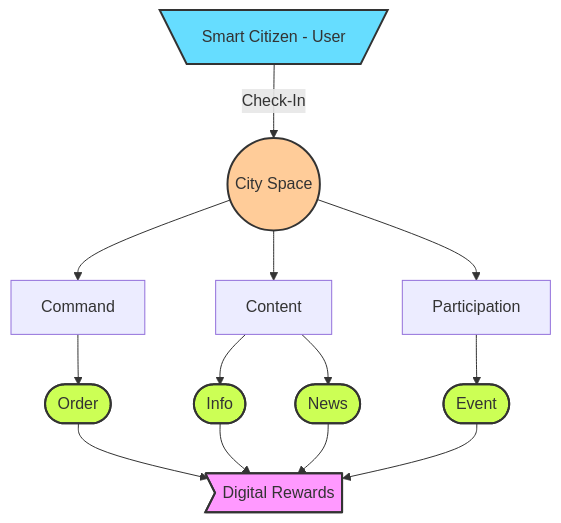
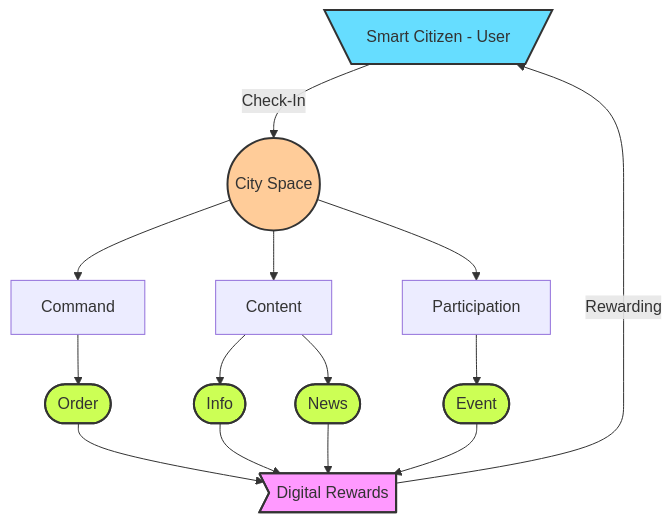
Before and after one commit to cityos-work/cityos-dev: the second of 2 diagrams in pages/roadmap.md, drawn with Mermaid.

````diff
--- a/pages/roadmap.md
+++ b/pages/roadmap.md
@@ -80,22 +80,23 @@
 ```mermaid
 graph TB;
     USER[\Smart Citizen - User/]-- Check-In -->SPACE((City Space));
     SPACE-->COMMAND[Command];
     SPACE-->CONTENT[Content];
     SPACE-->PARTICIPATION[Participation];
     COMMAND-->ORDER([Order]);
     CONTENT-->INFO([Info]);
     CONTENT-->NEWS([News]);
     PARTICIPATION-->EVENT([Event]);
     ORDER-->REWARD>Digital Rewards];
     INFO-->REWARD;
     NEWS-->REWARD;
     EVENT-->REWARD;
+    REWARD-- Rewarding -->USER;
     style USER fill:#6df,stroke:#333,stroke-width:2px
     style SPACE fill:#fc9,stroke:#333,stroke-width:2px
     style ORDER fill:#CF5, stroke:#333,stroke-width:2px
     style INFO fill:#CF5, stroke:#333,stroke-width:2px
     style NEWS fill:#CF5, stroke:#333,stroke-width:2px
     style EVENT fill:#CF5, stroke:#333,stroke-width:2px
     style REWARD fill:#f9f,stroke:#333,stroke-width:2px   
 ```
````
